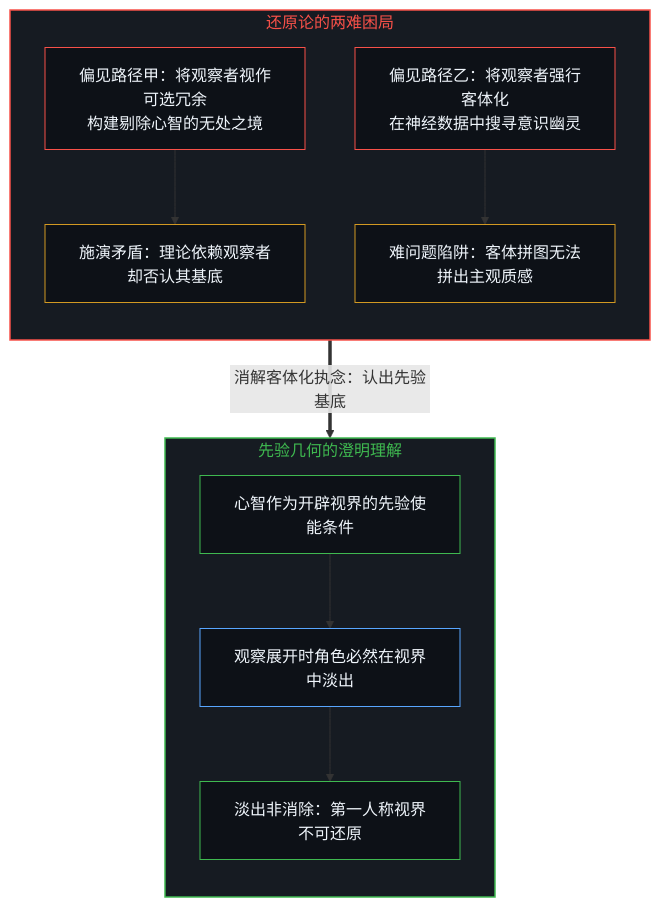
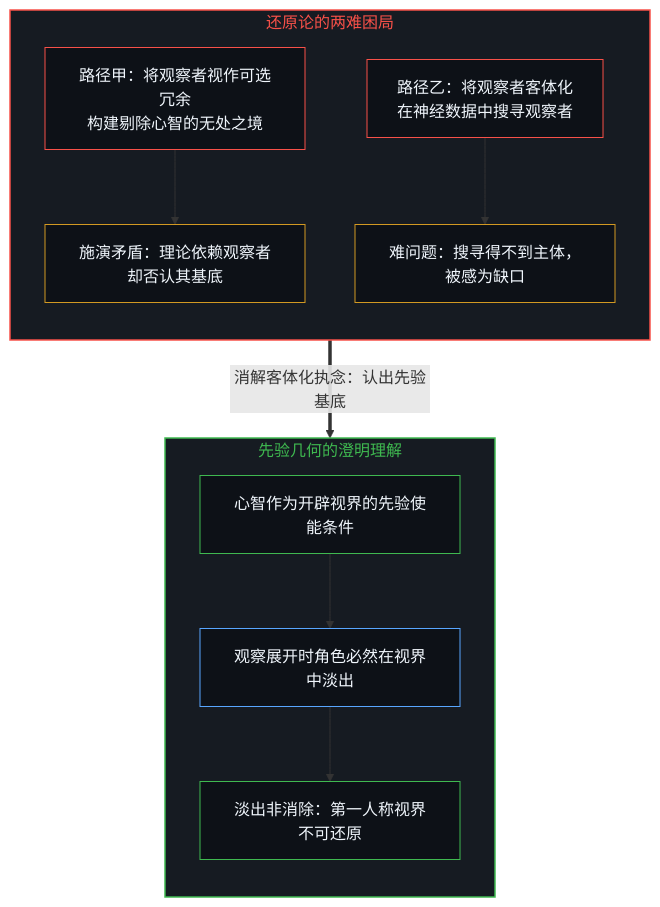
One commit to powerpig99/not-a-toe changed the fifth of 6 diagrams in content/posts/the-grammar-of-finding-and-the-fading-observer.md. Above: the diagram before and after it, drawn with Mermaid. The commit also changed other lines of this file and 1 other file, not shown here.

````diff
--- a/content/posts/the-grammar-of-finding-and-the-fading-observer.md
+++ b/content/posts/the-grammar-of-finding-and-the-fading-observer.md
@@ -141,27 +141,27 @@
 ```mermaid
 graph TD
     subgraph S_Fallacy ["还原论的两难困局"]
         direction TB
         style S_Fallacy fill:#161b22,stroke:#f85149,stroke-width:1.5px,color:#f85149
-        E1["偏见路径甲：将观察者视作可选冗余<br/>构建剔除心智的无处之境"]
-        E2["偏见路径乙：将观察者强行客体化<br/>在神经数据中搜寻意识幽灵"]
+        E1["路径甲：将观察者视作可选冗余<br/>构建剔除心智的无处之境"]
+        E2["路径乙：将观察者客体化<br/>在神经数据中搜寻观察者"]
         E1 --> P1["施演矛盾：理论依赖观察者却否认其基底"]
-        E2 --> P2["难问题陷阱：客体拼图无法拼出主观质感"]
+        E2 --> P2["难问题：搜寻得不到主体，被感为缺口"]
         style E1 fill:#0d1117,stroke:#f85149,stroke-width:1px,color:#f0f6fc
         style E2 fill:#0d1117,stroke:#f85149,stroke-width:1px,color:#f0f6fc
         style P1 fill:#0d1117,stroke:#d29922,stroke-width:1px,color:#f0f6fc
         style P2 fill:#0d1117,stroke:#d29922,stroke-width:1px,color:#f0f6fc
     end
 
     P2 ==>|"消解客体化执念：认出先验基底"| R1
 
     subgraph S_Resolution ["先验几何的澄明理解"]
         direction TB
         style S_Resolution fill:#161b22,stroke:#3fb950,stroke-width:1.5px,color:#3fb950
         R1["心智作为开辟视界的先验使能条件"] --> R2["观察展开时角色必然在视界中淡出"]
         R2 --> R3["淡出非消除：第一人称视界不可还原"]
         style R1 fill:#0d1117,stroke:#3fb950,stroke-width:1px,color:#f0f6fc
         style R2 fill:#0d1117,stroke:#58a6ff,stroke-width:1px,color:#f0f6fc
         style R3 fill:#0d1117,stroke:#3fb950,stroke-width:1px,color:#f0f6fc
     end
 ```
````
